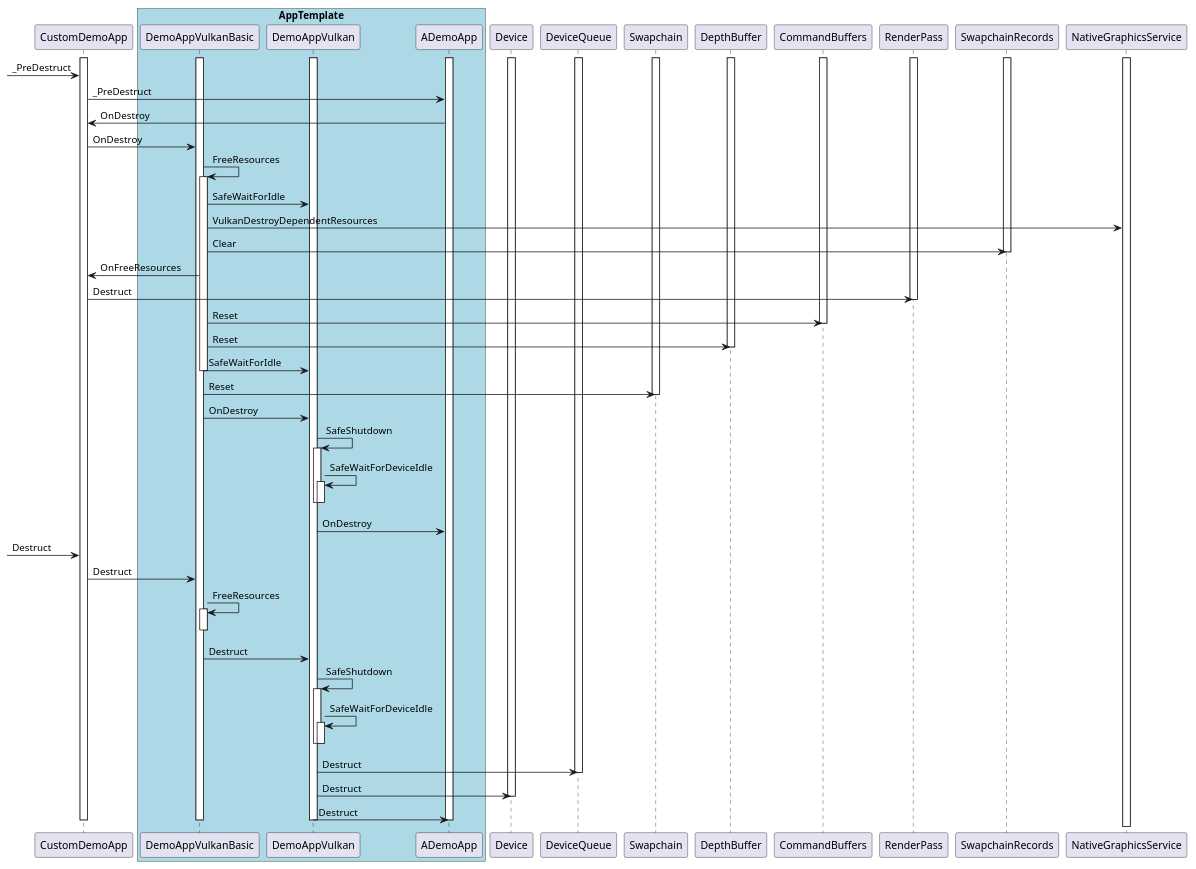
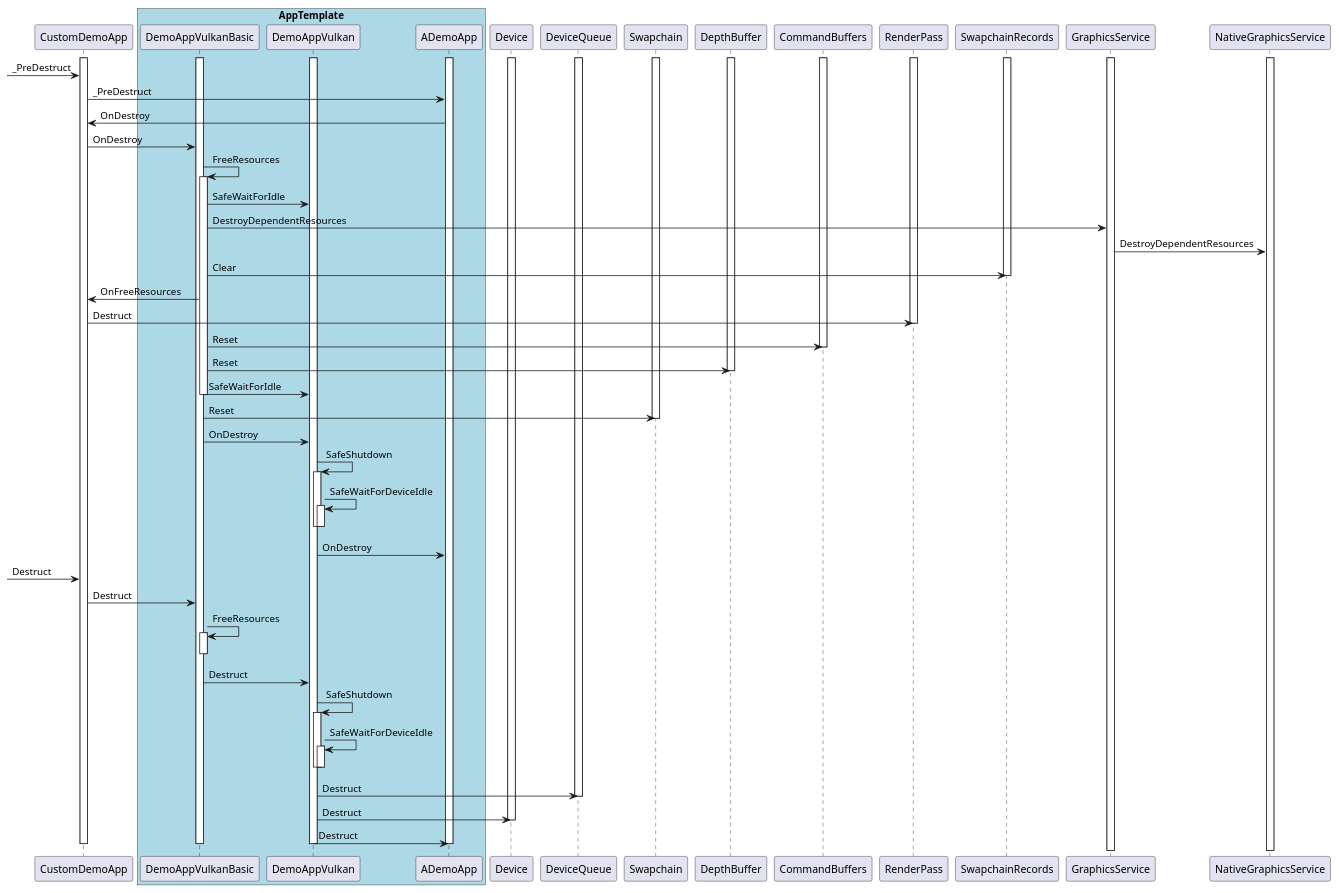
Before and after one commit to nxp-imx/gtec-demo-framework: the diagram in Doc/Vulkan/Diagrams/FslDemoApp.Vulkan__Flow_VulkanDemoAppBasic_Shutdown.pu, drawn with PlantUML. The commit also changed 2498 other files, not shown here.

```diff
--- a/Doc/Vulkan/Diagrams/FslDemoApp.Vulkan__Flow_VulkanDemoAppBasic_Shutdown.pu
+++ b/Doc/Vulkan/Diagrams/FslDemoApp.Vulkan__Flow_VulkanDemoAppBasic_Shutdown.pu
@@ -1,70 +1,72 @@
 @startuml VulkanDemoAppBasic Shutdown Flow
 
 activate CustomDemoApp
 activate DemoAppVulkanBasic
 activate DemoAppVulkan
 activate ADemoApp
 
 box "AppTemplate" #LightBlue
     participant DemoAppVulkanBasic
     participant DemoAppVulkan
     participant ADemoApp
 end box
 
 activate Device
 activate DeviceQueue
 activate Swapchain
 activate DepthBuffer
 activate CommandBuffers
 activate RenderPass
 activate SwapchainRecords
+activate GraphicsService
 activate NativeGraphicsService
 
 ->CustomDemoApp: _PreDestruct
 CustomDemoApp->ADemoApp: _PreDestruct
 ADemoApp->CustomDemoApp: OnDestroy
 CustomDemoApp->DemoAppVulkanBasic: OnDestroy
 DemoAppVulkanBasic->DemoAppVulkanBasic++: FreeResources
 DemoAppVulkanBasic->DemoAppVulkan: SafeWaitForIdle
-DemoAppVulkanBasic->NativeGraphicsService: VulkanDestroyDependentResources
+DemoAppVulkanBasic->GraphicsService: DestroyDependentResources
+GraphicsService->NativeGraphicsService: DestroyDependentResources
 DemoAppVulkanBasic->SwapchainRecords: Clear
 deactivate SwapchainRecords
 DemoAppVulkanBasic->CustomDemoApp: OnFreeResources
 CustomDemoApp->RenderPass: Destruct
 deactivate RenderPass
 DemoAppVulkanBasic->CommandBuffers: Reset
 deactivate CommandBuffers
 DemoAppVulkanBasic->DepthBuffer: Reset
 deactivate DepthBuffer
 DemoAppVulkanBasic->DemoAppVulkan: SafeWaitForIdle
 deactivate DemoAppVulkanBasic
 DemoAppVulkanBasic->Swapchain: Reset
 deactivate Swapchain
 DemoAppVulkanBasic->DemoAppVulkan: OnDestroy
 DemoAppVulkan->DemoAppVulkan++: SafeShutdown
 DemoAppVulkan->DemoAppVulkan++: SafeWaitForDeviceIdle
 deactivate DemoAppVulkan
 deactivate DemoAppVulkan
 DemoAppVulkan->ADemoApp: OnDestroy
 
 ->CustomDemoApp: Destruct
 CustomDemoApp->DemoAppVulkanBasic: Destruct
 DemoAppVulkanBasic->DemoAppVulkanBasic++: FreeResources
 deactivate DemoAppVulkanBasic
 
 DemoAppVulkanBasic->DemoAppVulkan: Destruct
 DemoAppVulkan->DemoAppVulkan++: SafeShutdown
 DemoAppVulkan->DemoAppVulkan++: SafeWaitForDeviceIdle
 deactivate DemoAppVulkan
 deactivate DemoAppVulkan
 DemoAppVulkan->DeviceQueue: Destruct
 deactivate DeviceQueue
 DemoAppVulkan->Device: Destruct
 deactivate Device
 
 DemoAppVulkan->ADemoApp: Destruct
 deactivate ADemoApp
 deactivate DemoAppVulkan
 deactivate DemoAppVulkanBasic
 deactivate CustomDemoApp
 @enduml
```
